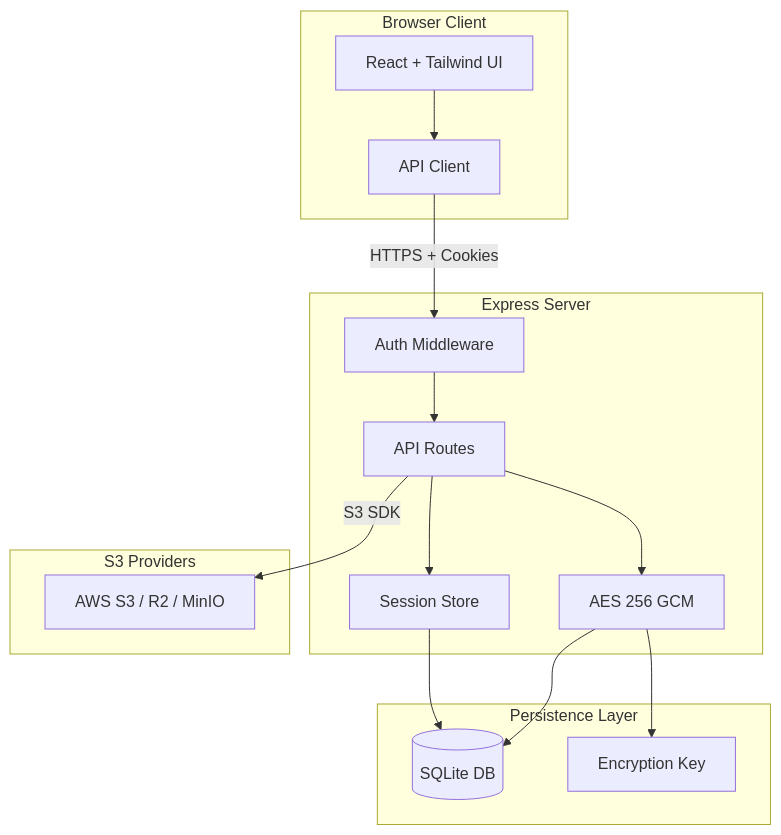
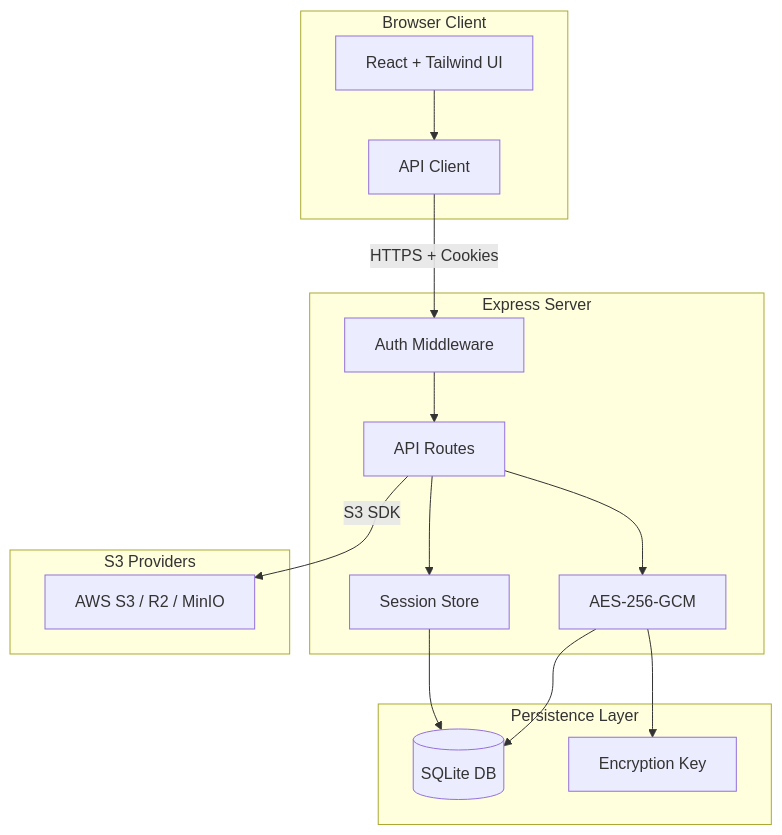
Before and after one commit to dimayuga-adrieljoseph/s3explorer: the diagram in README.md, drawn with Mermaid. The commit also changed other lines of this file, not shown here.

````diff
--- a/README.md
+++ b/README.md
@@ -39,33 +39,33 @@
 ```mermaid
 flowchart TB
     subgraph Client["Browser Client"]
         UI["React + Tailwind UI"]
         API["API Client"]
     end
 
     subgraph Server["Express Server"]
         Auth["Auth Middleware"]
         Routes["API Routes"]
         Session["Session Store"]
-        Crypto["AES 256 GCM"]
+        Crypto["AES-256-GCM"]
     end
 
     subgraph Storage["Persistence Layer"]
         SQLite[("SQLite DB")]
         EncKey["Encryption Key"]
     end
 
     subgraph External["S3 Providers"]
         S3["AWS S3 / R2 / MinIO"]
     end
 
     UI --> API
     API -->|HTTPS + Cookies| Auth
     Auth --> Routes
     Routes --> Session
     Routes --> Crypto
     Session --> SQLite
     Crypto --> EncKey
     Crypto --> SQLite
     Routes -->|S3 SDK| S3
 ```
````
